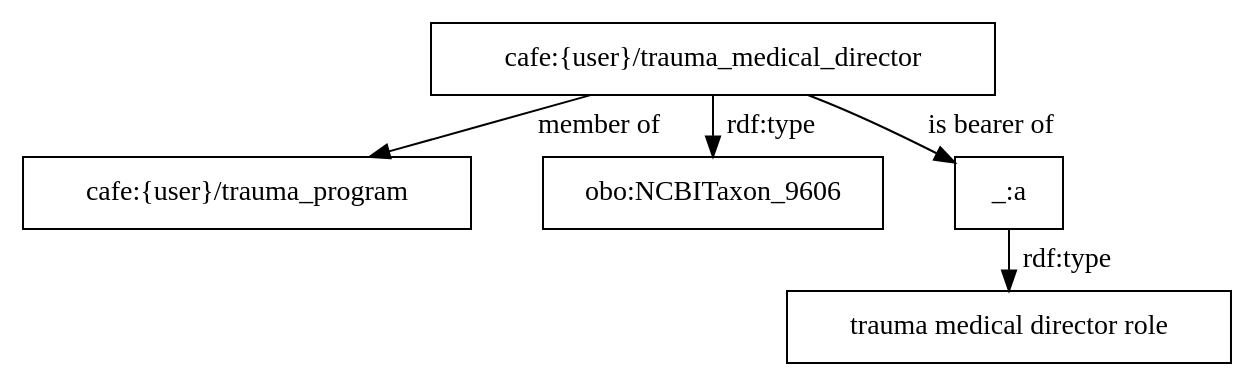
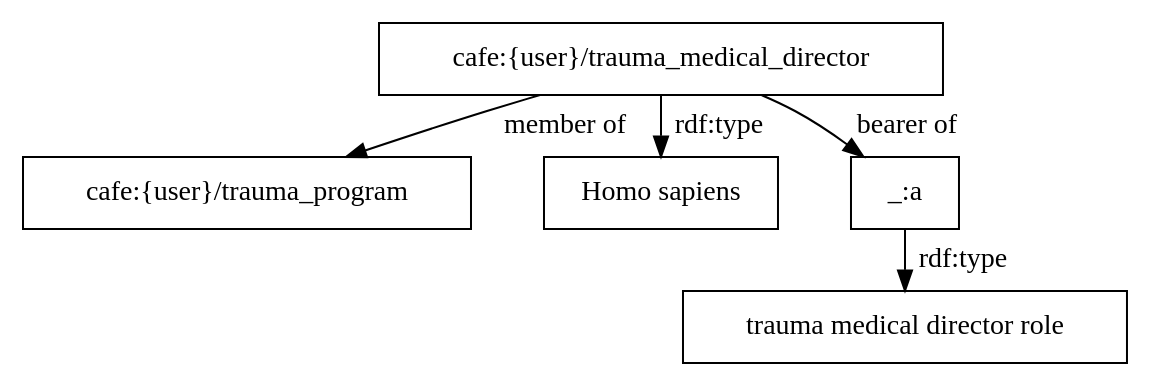
Before and after one commit to utecht/dideo-server: the diagram in cafe/graphs/12.dot, drawn with Graphviz. The commit also changed 15 other files, not shown here.

Commit message:
changed graphs and definitions

```diff
--- a/cafe/graphs/12.dot
+++ b/cafe/graphs/12.dot
@@ -1,7 +1,7 @@
 digraph g { node [shape=rectangle];
 graph [splines=true, nodesep=.5, ranksep=0, overlap=false];
 "cafe:{user}/trauma_medical_director" -> "cafe:{user}/trauma_program" [label="member of"]
-"cafe:{user}/trauma_medical_director" -> "obo:NCBITaxon_9606" [label="rdf:type"]
-"cafe:{user}/trauma_medical_director" -> "_:a" [label="is bearer of"]
+"cafe:{user}/trauma_medical_director" -> "Homo sapiens" [label="rdf:type"]
+"cafe:{user}/trauma_medical_director" -> "_:a" [label="bearer of"]
 "_:a" -> "trauma medical director role" [label="rdf:type"]
 }
```
